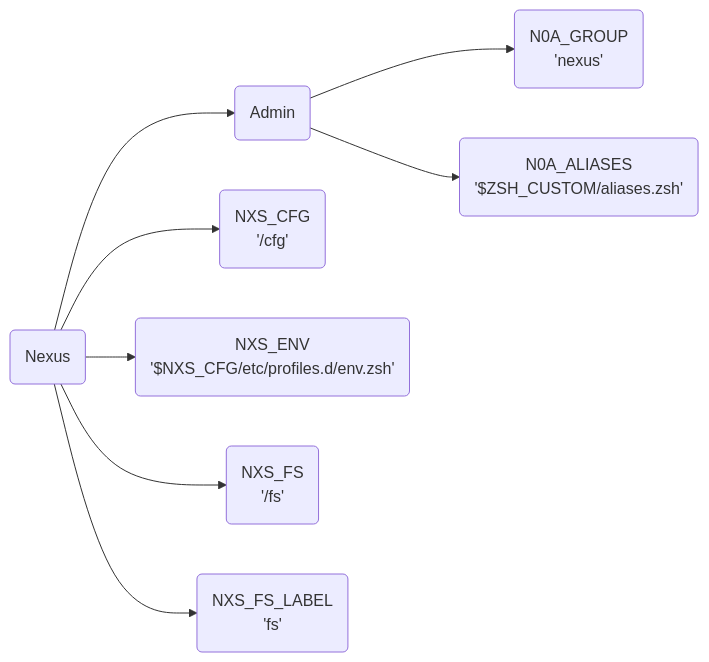
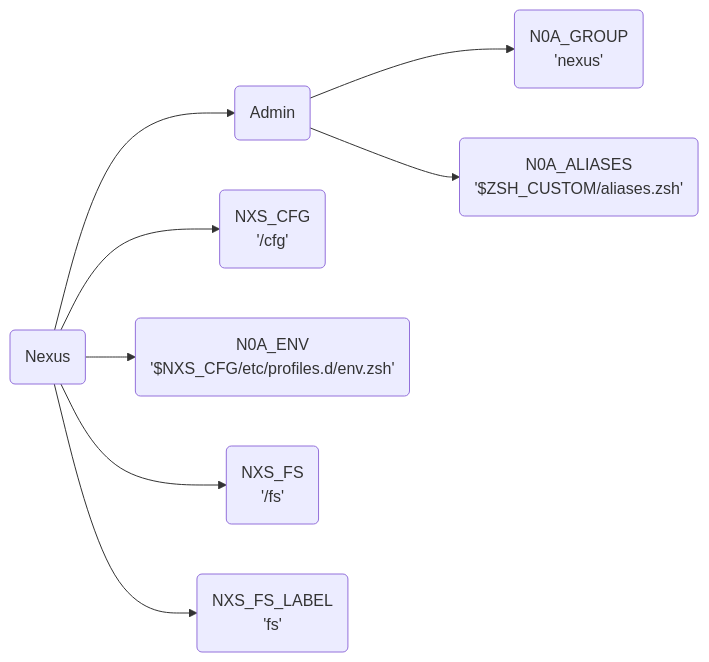
The diagram in setup/basic.md (agenkit/GHost), drawn with Mermaid before and after one commit. The commit also changed other lines of this file, not shown here.

````diff
--- a/setup/basic.md
+++ b/setup/basic.md
@@ -35,15 +35,15 @@
 ```mermaid
 graph LR
    n("Nexus")
    a("Admin")
    cfg("NXS_CFG<br>'/cfg'")
-   env("NXS_ENV<br>'$NXS_CFG/etc/profiles.d/env.zsh'")
+   env("N0A_ENV<br>'$NXS_CFG/etc/profiles.d/env.zsh'")
    fs("NXS_FS<br>'/fs'")
    fsl("NXS_FS_LABEL<br>'fs'")
    grp("N0A_GROUP<br>'nexus'")
    as("N0A_ALIASES<br>'$ZSH_CUSTOM/aliases.zsh'")
 
-   n --> env & fs & fsl & cfg
+   n --> cfg & env & fs & fsl
    n --> a
    a --> grp & as
 ```
````
